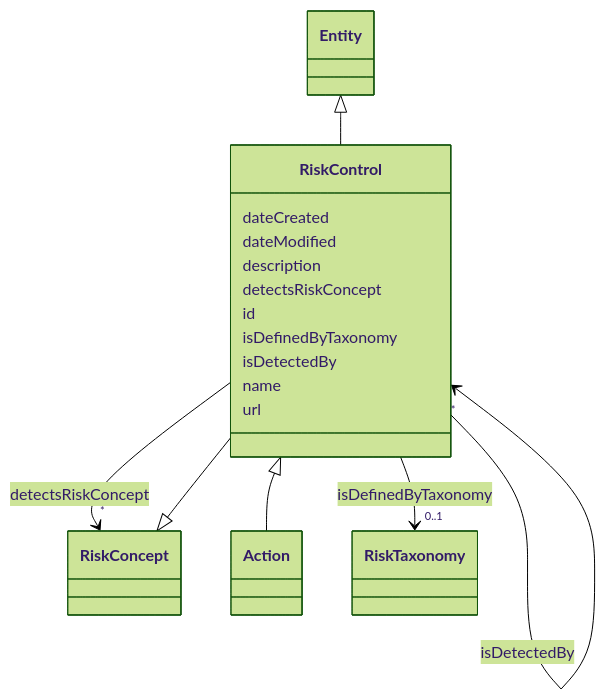
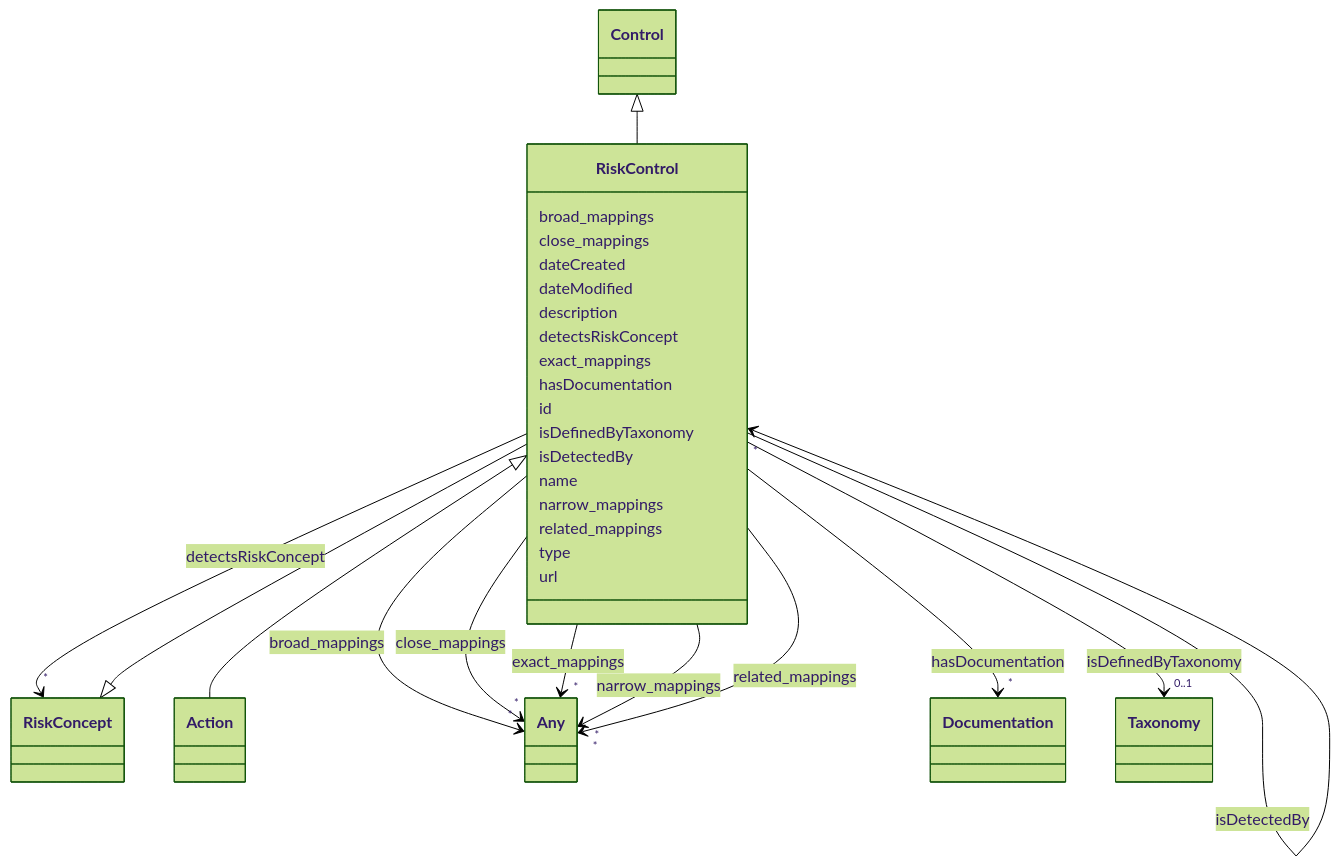
The diagram in docs/ontology/RiskControl.md (ingelise/risk-atlas-nexus), drawn with Mermaid (forest theme) before and after one commit. The commit also changed other lines of this file and 180 other files, not shown here.

```diff
--- a/docs/ontology/RiskControl.md
+++ b/docs/ontology/RiskControl.md
@@ -21,12 +21,34 @@
     click RiskControl href "../RiskControl/"
       RiskConcept <|-- RiskControl
         click RiskConcept href "../RiskConcept/"
-      Entity <|-- RiskControl
-        click Entity href "../Entity/"
+      Control <|-- RiskControl
+        click Control href "../Control/"
 
 
       RiskControl <|-- Action
         click Action href "../Action/"
+
+
+      RiskControl : broad_mappings
+
+
+
+
+
+        RiskControl --> "*" Any : broad_mappings
+        click Any href "../Any/"
+
+
+
+      RiskControl : close_mappings
+
+
+
+
+
+        RiskControl --> "*" Any : close_mappings
+        click Any href "../Any/"
+
 
 
       RiskControl : dateCreated
@@ -46,6 +68,28 @@
 
 
 
+      RiskControl : exact_mappings
+
+
+
+
+
+        RiskControl --> "*" Any : exact_mappings
+        click Any href "../Any/"
+
+
+
+      RiskControl : hasDocumentation
+
+
+
+
+
+        RiskControl --> "*" Documentation : hasDocumentation
+        click Documentation href "../Documentation/"
+
+
+
       RiskControl : id
 
       RiskControl : isDefinedByTaxonomy
@@ -54,8 +98,8 @@
 
 
 
-        RiskControl --> "0..1" RiskTaxonomy : isDefinedByTaxonomy
-        click RiskTaxonomy href "../RiskTaxonomy/"
+        RiskControl --> "0..1" Taxonomy : isDefinedByTaxonomy
+        click Taxonomy href "../Taxonomy/"
 
 
 
@@ -72,6 +116,30 @@
 
       RiskControl : name
 
+      RiskControl : narrow_mappings
+
+
+
+
+
+        RiskControl --> "*" Any : narrow_mappings
+        click Any href "../Any/"
+
+
+
+      RiskControl : related_mappings
+
+
+
+
+
+        RiskControl --> "*" Any : related_mappings
+        click Any href "../Any/"
+
+
+
+      RiskControl : type
+
       RiskControl : url
 
 
```
